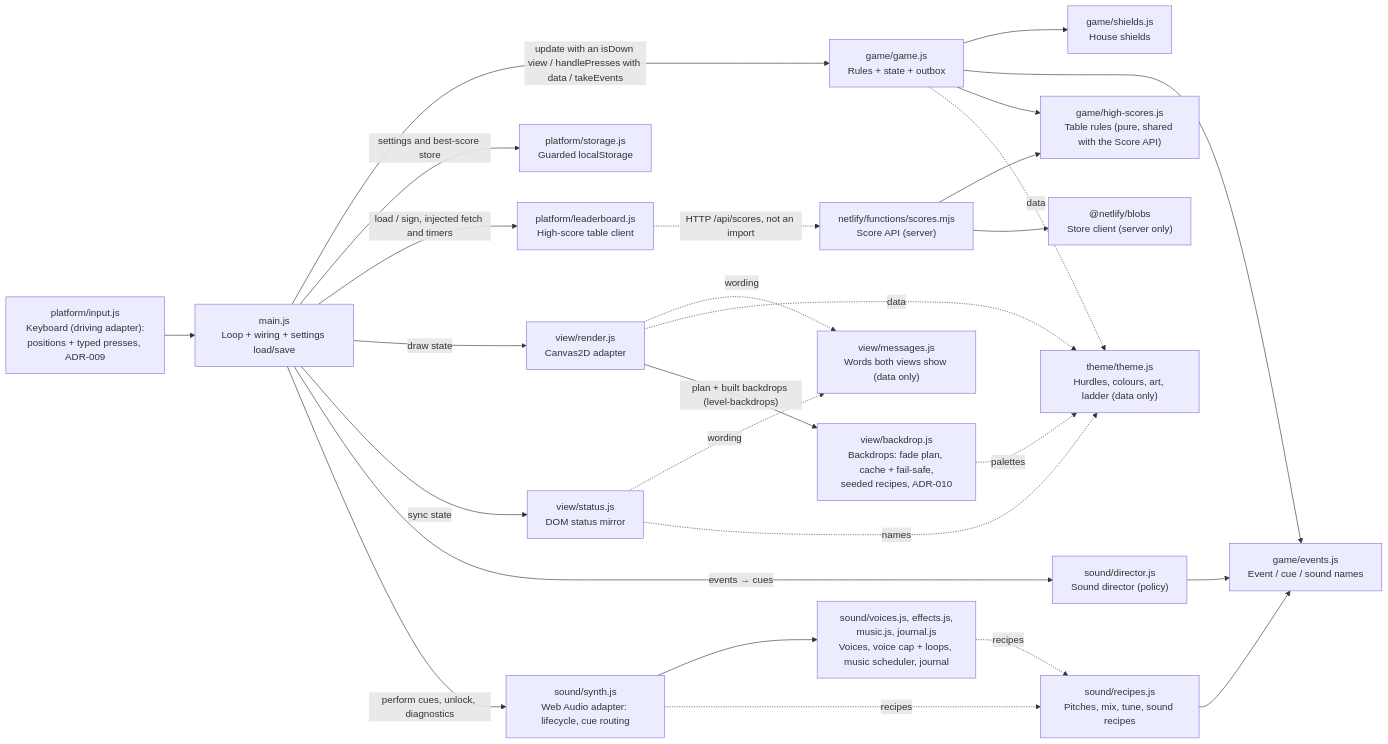
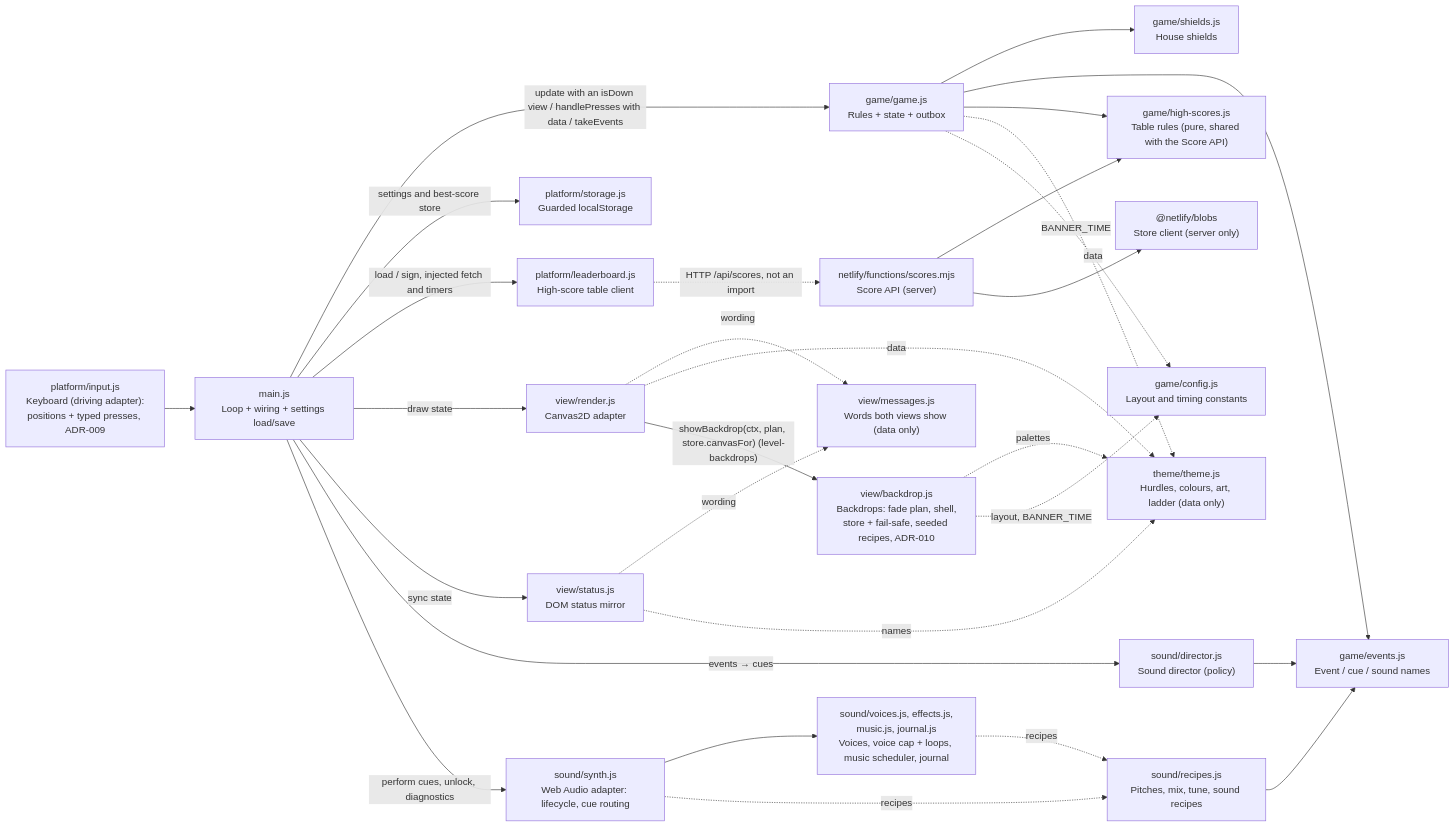
Before and after one commit to lagom1985/rightmove-space-invaders: the third of 3 diagrams in docs/product/architecture/brief.md, drawn with Mermaid. The commit also changed other lines of this file and 23 other files, not shown here.

First line of the commit message:
docs(rightmove-invaders-level-backdrops): DISTILL (40 scenarios, 55 @pending runs) and review-gate revisions

````diff
--- a/docs/product/architecture/brief.md
+++ b/docs/product/architecture/brief.md
@@ -82,29 +82,31 @@
 ```mermaid
 flowchart LR
   kb["platform/input.js<br/>Keyboard (driving adapter):<br/>positions + typed presses, ADR-009"] --> main
   main["main.js<br/>Loop + wiring + settings load/save"] -->|"update with an isDown view / handlePresses with data / takeEvents"| game["game/game.js<br/>Rules + state + outbox"]
   game --> shields["game/shields.js<br/>House shields"]
   game --> events["game/events.js<br/>Event / cue / sound names"]
   game --> rules["game/high-scores.js<br/>Table rules (pure, shared with the Score API)"]
   game -. data .-> theme["theme/theme.js<br/>Hurdles, colours, art, ladder (data only)"]
   main -->|settings and best-score store| storage["platform/storage.js<br/>Guarded localStorage"]
   main -->|load / sign, injected fetch and timers| lb["platform/leaderboard.js<br/>High-score table client"]
   lb -.->|"HTTP /api/scores, not an import"| api["netlify/functions/scores.mjs<br/>Score API (server)"]
   api --> rules
   api --> blobsLib["@netlify/blobs<br/>Store client (server only)"]
   main -->|draw state| render["view/render.js<br/>Canvas2D adapter"]
   main -->|sync state| status["view/status.js<br/>DOM status mirror"]
   render -. wording .-> messages["view/messages.js<br/>Words both views show (data only)"]
   status -. wording .-> messages
   main -->|events → cues| director["sound/director.js<br/>Sound director (policy)"]
   director --> events
   main -->|perform cues, unlock, diagnostics| synth["sound/synth.js<br/>Web Audio adapter: lifecycle, cue routing"]
   synth --> synthParts["sound/voices.js, effects.js,<br/>music.js, journal.js<br/>Voices, voice cap + loops, music scheduler, journal"]
   synth -. recipes .-> recipes["sound/recipes.js<br/>Pitches, mix, tune, sound recipes"]
   synthParts -. recipes .-> recipes
   recipes --> events
   render -. data .-> theme
-  render -->|"plan + built backdrops (level-backdrops)"| backdrop["view/backdrop.js<br/>Backdrops: fade plan, cache + fail-safe,<br/>seeded recipes, ADR-010"]
+  render -->|"showBackdrop(ctx, plan, store.canvasFor) (level-backdrops)"| backdrop["view/backdrop.js<br/>Backdrops: fade plan, shell,<br/>store + fail-safe, seeded recipes, ADR-010"]
   backdrop -. palettes .-> theme
+  backdrop -. "layout, BANNER_TIME" .-> config["game/config.js<br/>Layout and timing constants"]
+  game -. BANNER_TIME .-> config
   status -. names .-> theme
 ```
````
